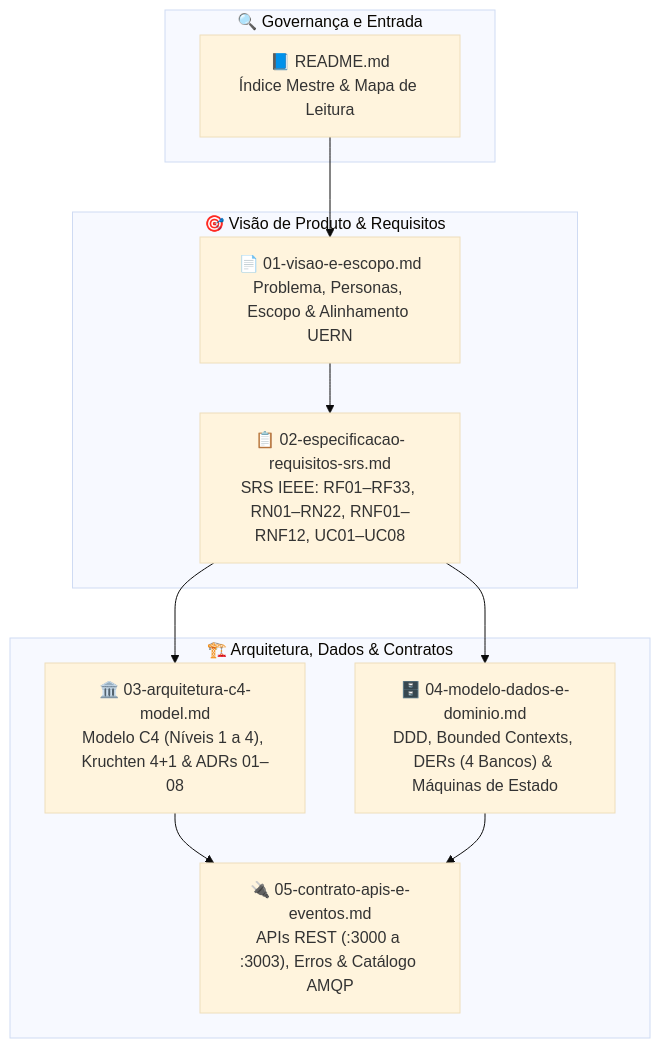
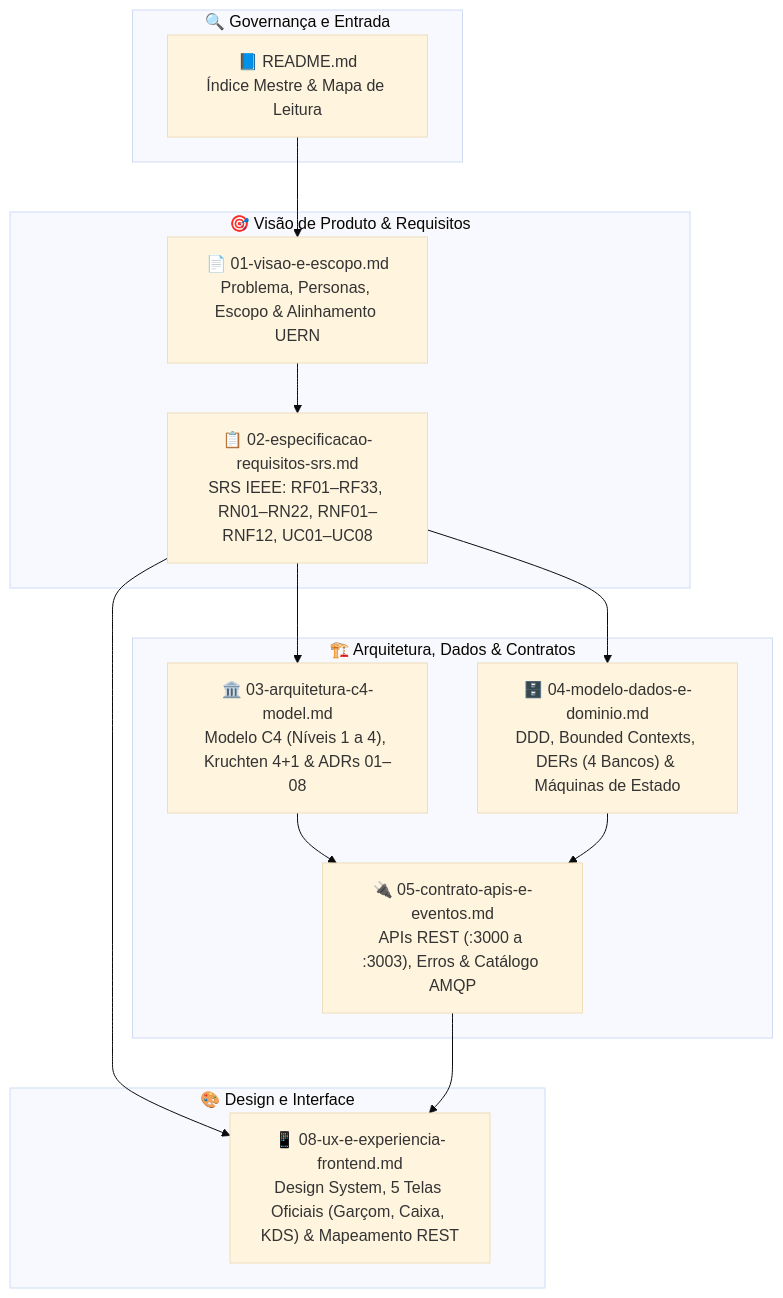
One commit to mateusnriy/vapt-pdv changed the second of 2 diagrams in docs/engenharia/README.md. Above: the diagram before and after it, drawn with Mermaid (base theme). The commit also changed other lines of this file and 14 other files, not shown here.

````diff
--- a/docs/engenharia/README.md
+++ b/docs/engenharia/README.md
@@ -29,24 +65,30 @@
 ```mermaid
 flowchart TB
     subgraph Governanca["🔍 Governança e Entrada"]
         README["📘 README.md\nÍndice Mestre & Mapa de Leitura"]
     end
 
     subgraph Produto["🎯 Visão de Produto & Requisitos"]
         DOC01["📄 01-visao-e-escopo.md\nProblema, Personas, Escopo & Alinhamento UERN"]
         DOC02["📋 02-especificacao-requisitos-srs.md\nSRS IEEE: RF01–RF33, RN01–RN22, RNF01–RNF12, UC01–UC08"]
     end
 
     subgraph Arquitetura["🏗️ Arquitetura, Dados & Contratos"]
         DOC03["🏛️ 03-arquitetura-c4-model.md\nModelo C4 (Níveis 1 a 4), Kruchten 4+1 & ADRs 01–08"]
         DOC04["🗄️ 04-modelo-dados-e-dominio.md\nDDD, Bounded Contexts, DERs (4 Bancos) & Máquinas de Estado"]
         DOC05["🔌 05-contrato-apis-e-eventos.md\nAPIs REST (:3000 a :3003), Erros & Catálogo AMQP"]
     end
 
+    subgraph Experiencia["🎨 Design e Interface"]
+        DOC08["📱 08-ux-e-experiencia-frontend.md\nDesign System, 5 Telas Oficiais (Garçom, Caixa, KDS) & Mapeamento REST"]
+    end
+
     README --> DOC01
     DOC01 --> DOC02
     DOC02 --> DOC03
     DOC02 --> DOC04
     DOC03 --> DOC05
     DOC04 --> DOC05
+    DOC02 --> DOC08
+    DOC05 --> DOC08
 ```
````
